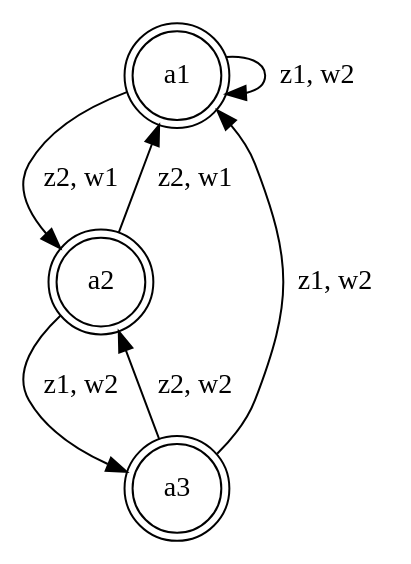
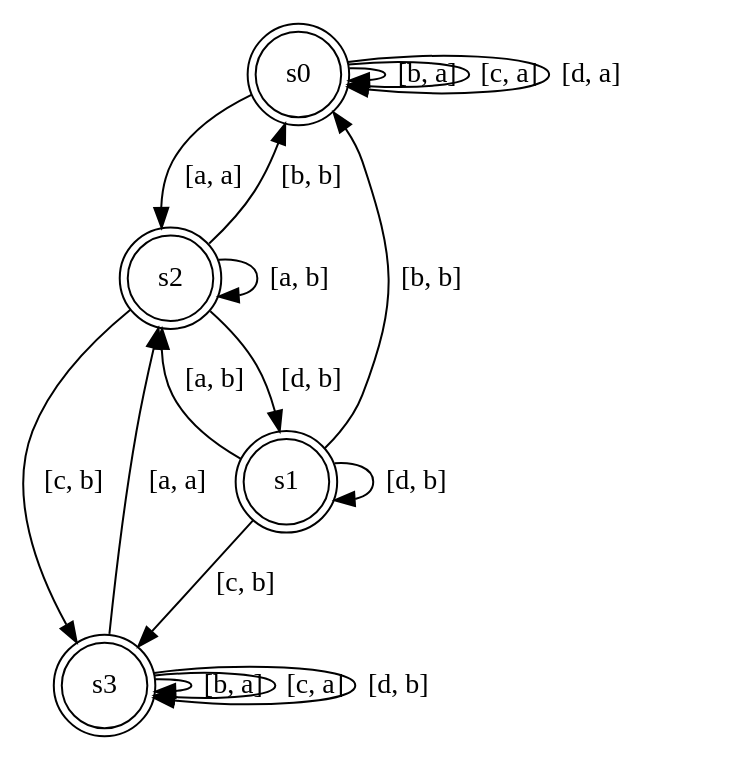
Before and after one commit to iandreyshev/AutomataTheory: the diagram in MealyMachine/instance.dot, drawn with Graphviz. The commit also changed 8 other files, not shown here.

```diff
--- a/MealyMachine/instance.dot
+++ b/MealyMachine/instance.dot
@@ -1,11 +1,22 @@
 digraph G{
-0 [shape="doublecircle"label="a1"];
-1 [shape="doublecircle"label="a2"];
-2 [shape="doublecircle"label="a3"];
-0->0 [label="z1, w2 "];
-1->2 [label="z1, w2 "];
-2->0 [label="z1, w2 "];
-0->1 [label="z2, w1 "];
-1->0 [label="z2, w1 "];
-2->1 [label="z2, w2 "];
+0 [shape="doublecircle"label="s0"];
+1 [shape="doublecircle"label="s1"];
+2 [shape="doublecircle"label="s2"];
+3 [shape="doublecircle"label="s3"];
+0->2 [label="[a, a] "];
+1->2 [label="[a, b] "];
+2->2 [label="[a, b] "];
+3->2 [label="[a, a] "];
+0->0 [label="[b, a] "];
+1->0 [label="[b, b] "];
+2->0 [label="[b, b] "];
+3->3 [label="[b, a] "];
+0->0 [label="[c, a] "];
+1->3 [label="[c, b] "];
+2->3 [label="[c, b] "];
+3->3 [label="[c, a] "];
+0->0 [label="[d, a] "];
+1->1 [label="[d, b] "];
+2->1 [label="[d, b] "];
+3->3 [label="[d, b] "];
 }
```
